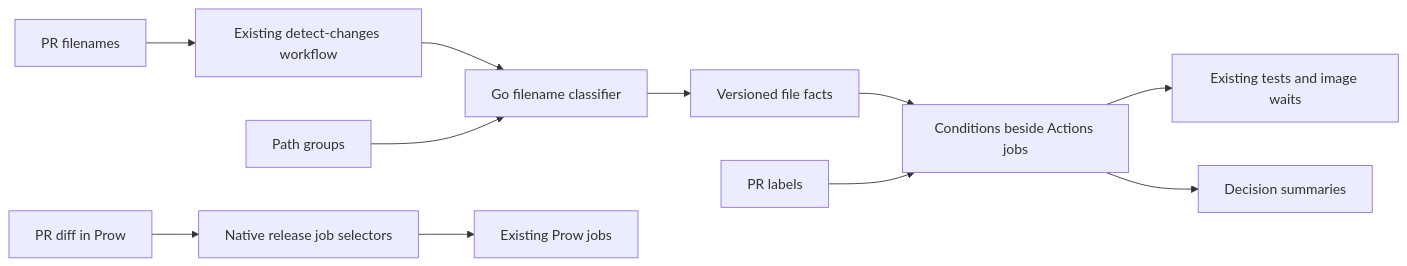
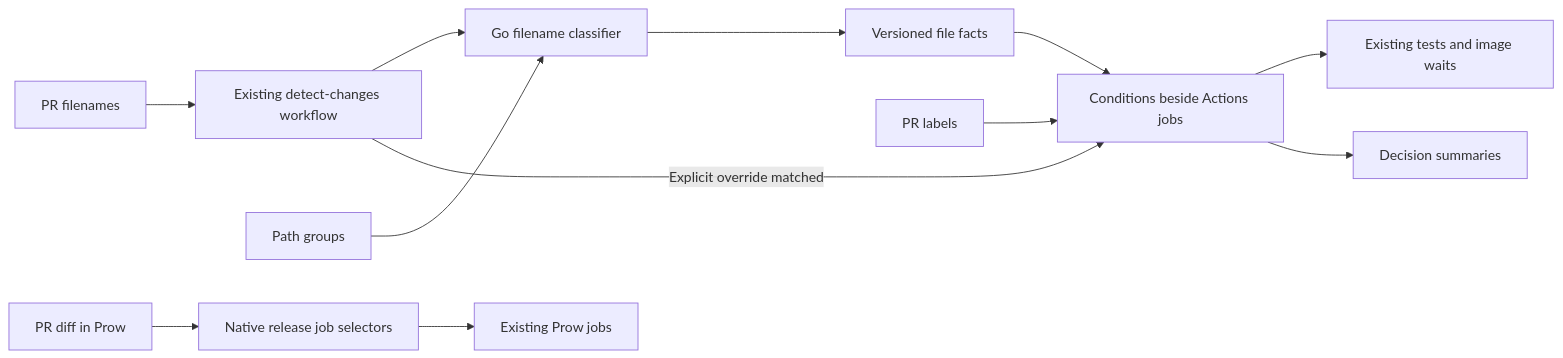
Before and after one commit to stackrox/stackrox: the diagram in ci/native-selectors/README.md, drawn with Mermaid. The commit also changed other lines of this file and 15 other files, not shown here.

````diff
--- a/ci/native-selectors/README.md
+++ b/ci/native-selectors/README.md
@@ -26,13 +26,14 @@
 ```mermaid
 flowchart LR
   API[PR filenames] --> D[Existing detect-changes workflow]
   D --> C[Go filename classifier]
   G[Path groups] --> C
   C --> F[Versioned file facts]
   F --> J[Conditions beside Actions jobs]
+  D -->|Explicit override matched| J
   L[PR labels] --> J
   J --> R[Existing tests and image waits]
   J --> S[Decision summaries]
   P[PR diff in Prow] --> N[Native release job selectors]
   N --> E[Existing Prow jobs]
 ```
````
